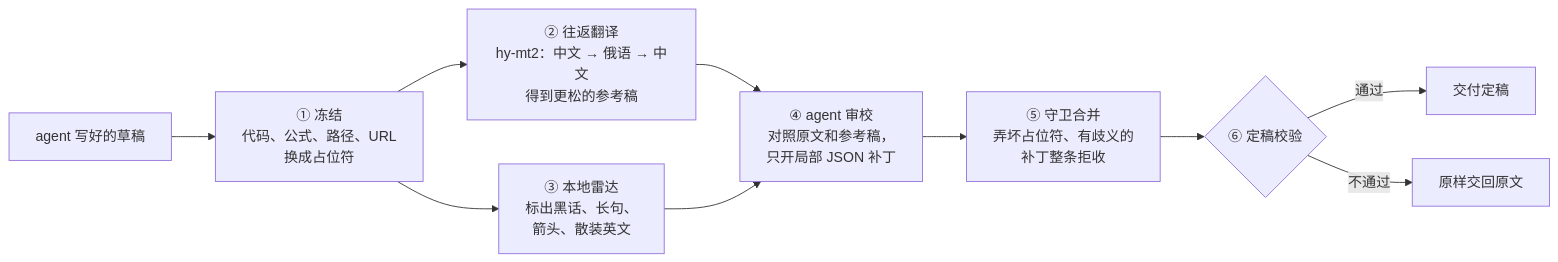
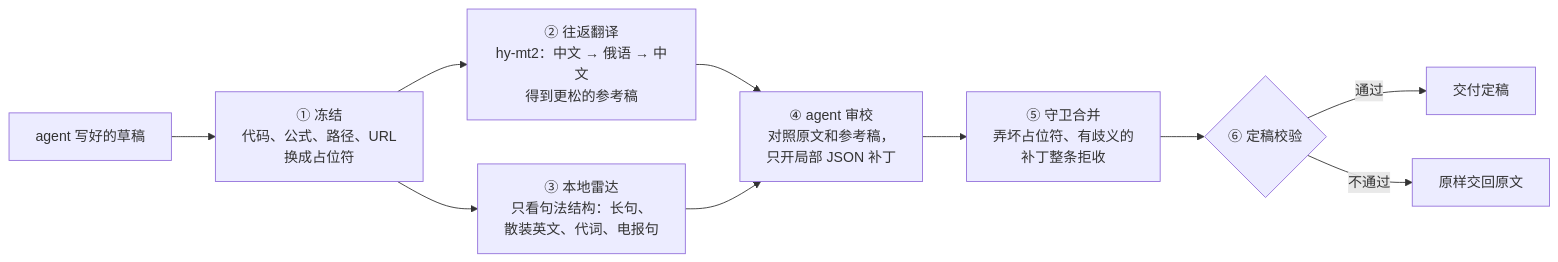
Before and after one commit to ConstantlyGrowup/no-ai-fluff: the diagram in README.md, drawn with Mermaid. The commit also changed other lines of this file and 76 other files, not shown here.

````diff
--- a/README.md
+++ b/README.md
@@ -49,12 +49,12 @@
 ```mermaid
 flowchart LR
     A["agent 写好的草稿"] --> B["① 冻结<br/>代码、公式、路径、URL<br/>换成占位符"]
     B --> C["② 往返翻译<br/>hy-mt2：中文 → 俄语 → 中文<br/>得到更松的参考稿"]
-    B --> D["③ 本地雷达<br/>标出黑话、长句、<br/>箭头、散装英文"]
+    B --> D["③ 本地雷达<br/>只看句法结构：长句、<br/>散装英文、代词、电报句"]
     C --> E["④ agent 审校<br/>对照原文和参考稿，<br/>只开局部 JSON 补丁"]
     D --> E
     E --> F["⑤ 守卫合并<br/>弄坏占位符、有歧义的<br/>补丁整条拒收"]
     F --> G{"⑥ 定稿校验"}
     G -- 通过 --> H["交付定稿"]
     G -- 不通过 --> I["原样交回原文"]
 ```
````
